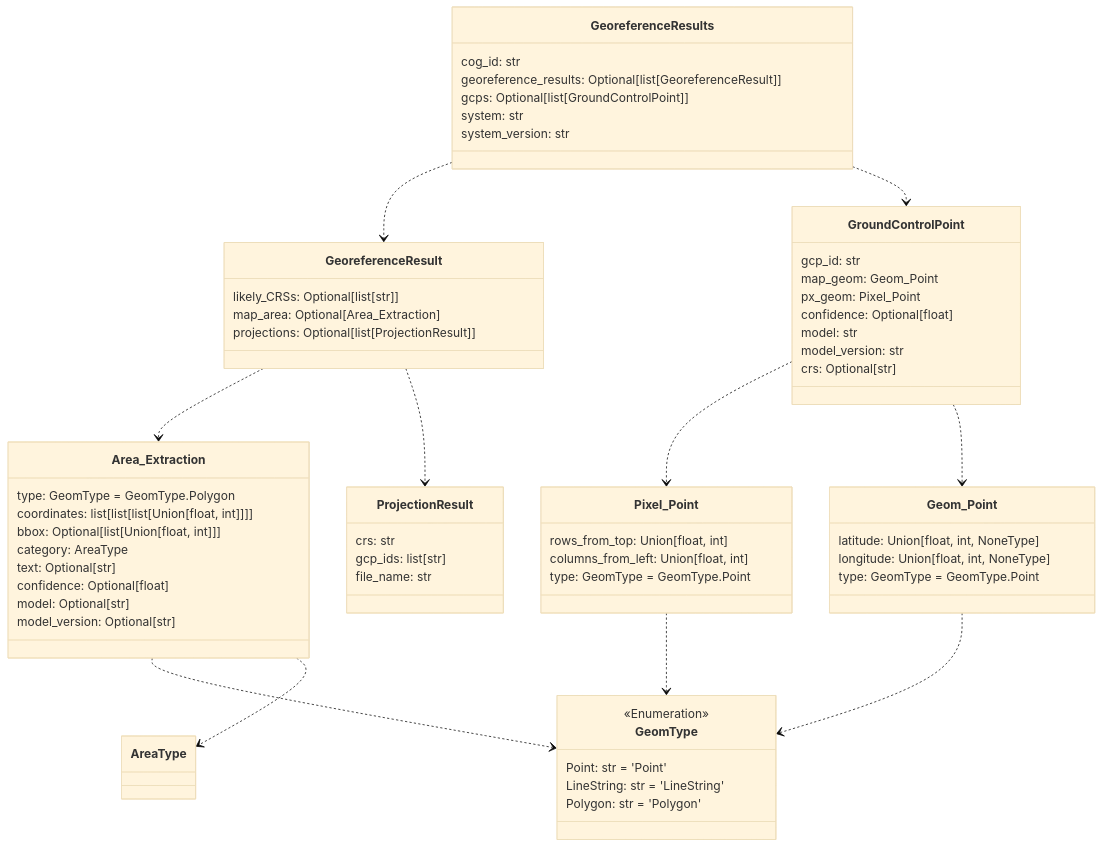
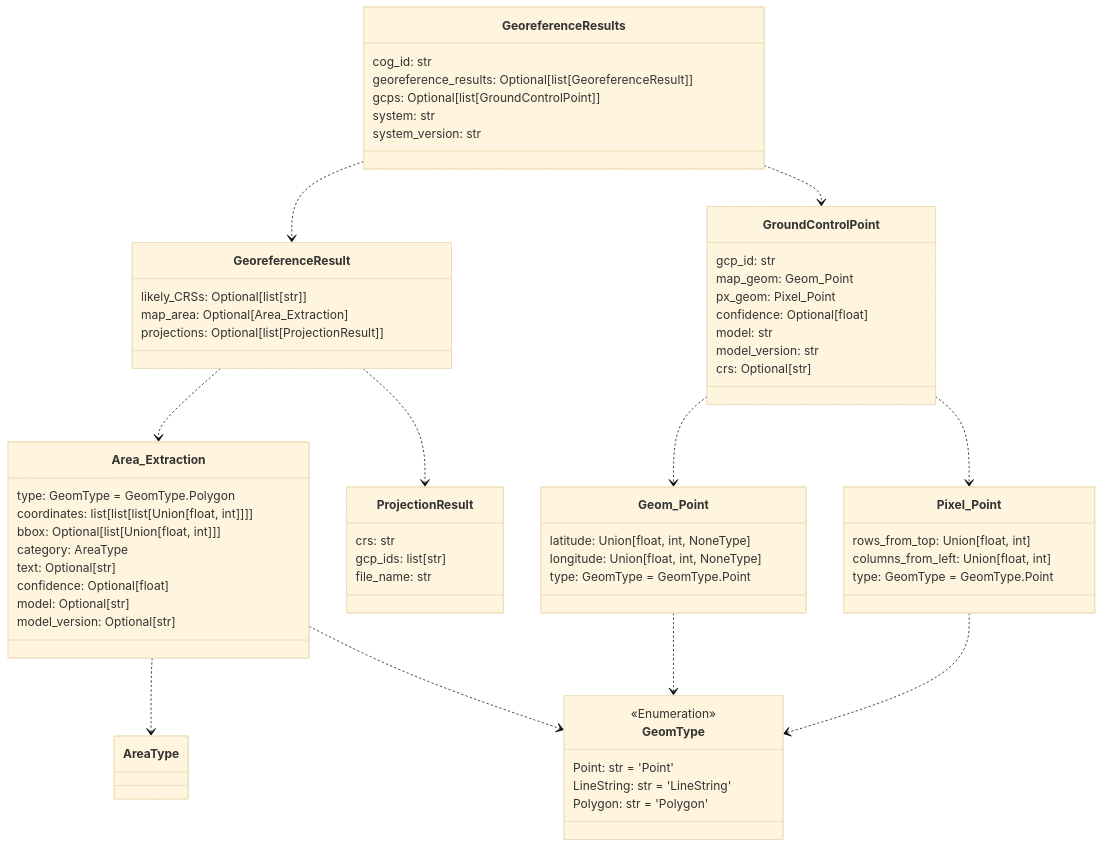
The second of 12 diagrams in README.md (DARPA-CRITICALMAAS/cdr_schemas), drawn with Mermaid (base theme) before and after one commit. The commit also changed other lines of this file and 1 other file, not shown here.

````diff
--- a/README.md
+++ b/README.md
@@ -50,76 +97,76 @@
 ```mermaid
 classDiagram
 
-    class ProjectionResult {
-        crs: str
-        gcp_ids: list[str]
-        file_name: str
-    }
-
-    class Pixel_Point {
-        rows_from_top: Union[float, int]
-        columns_from_left: Union[float, int]
-        type: GeomType = GeomType.Point
+    class Area_Extraction {
+        type: GeomType = GeomType.Polygon
+        coordinates: list[list[list[Union[float, int]]]]
+        bbox: Optional[list[Union[float, int]]]
+        category: AreaType
+        text: Optional[str]
+        confidence: Optional[float]
+        model: Optional[str]
+        model_version: Optional[str]
     }
 
     class GeoreferenceResults {
         cog_id: str
         georeference_results: Optional[list[GeoreferenceResult]]
         gcps: Optional[list[GroundControlPoint]]
         system: str
         system_version: str
     }
 
     class GeoreferenceResult {
         likely_CRSs: Optional[list[str]]
         map_area: Optional[Area_Extraction]
         projections: Optional[list[ProjectionResult]]
-    }
-
-    class Geom_Point {
-        latitude: Union[float, int, NoneType]
-        longitude: Union[float, int, NoneType]
-        type: GeomType = GeomType.Point
     }
 
     class GroundControlPoint {
         gcp_id: str
         map_geom: Geom_Point
         px_geom: Pixel_Point
         confidence: Optional[float]
         model: str
         model_version: str
         crs: Optional[str]
     }
 
     class GeomType {
         <<Enumeration>>
         Point: str = 'Point'
         LineString: str = 'LineString'
         Polygon: str = 'Polygon'
     }
 
-    class Area_Extraction {
-        type: GeomType = GeomType.Polygon
-        coordinates: list[list[list[Union[float, int]]]]
-        bbox: Optional[list[Union[float, int]]]
-        category: AreaType
-        text: Optional[str]
-        confidence: Optional[float]
-        model: Optional[str]
-        model_version: Optional[str]
+    class Pixel_Point {
+        rows_from_top: Union[float, int]
+        columns_from_left: Union[float, int]
+        type: GeomType = GeomType.Point
     }
 
+    class ProjectionResult {
+        crs: str
+        gcp_ids: list[str]
+        file_name: str
+    }
+
+    class Geom_Point {
+        latitude: Union[float, int, NoneType]
+        longitude: Union[float, int, NoneType]
+        type: GeomType = GeomType.Point
+    }
+
+    Area_Extraction ..> AreaType
     Area_Extraction ..> GeomType
-    Area_Extraction ..> AreaType
     Geom_Point ..> GeomType
     Pixel_Point ..> GeomType
+    GroundControlPoint ..> Geom_Point
     GroundControlPoint ..> Pixel_Point
-    GroundControlPoint ..> Geom_Point
     GeoreferenceResult ..> Area_Extraction
     GeoreferenceResult ..> ProjectionResult
     GeoreferenceResults ..> GeoreferenceResult
     GeoreferenceResults ..> GroundControlPoint
 
 
 ```
````
